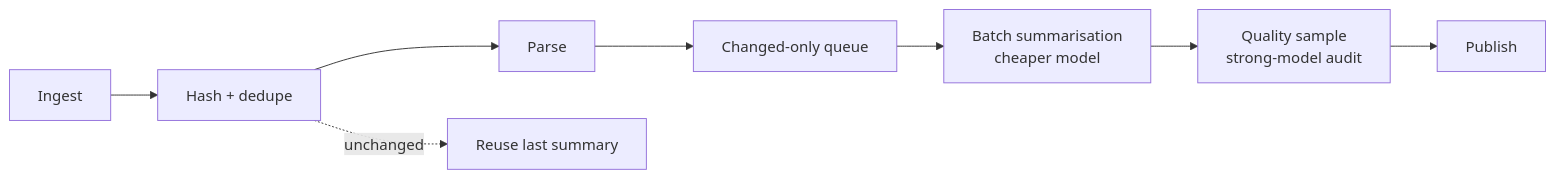
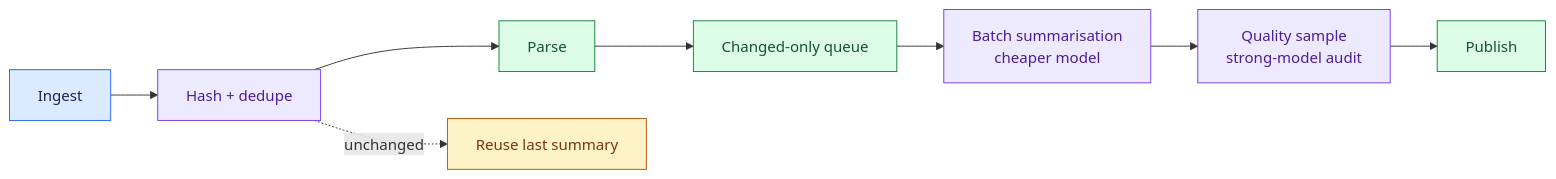
Before and after one commit to Sourav692/Forward-Deployed-Engineer-Interview-Prep: the diagram in site/content/modules/15-fde-case-studies/platforms-and-scale/high-volume-batch-pipeline/full-pack-part-5.md, drawn with Mermaid. The commit also changed 1268 other files, not shown here.

First line of the commit message:
content: polish Casebook writing and Mermaid diagrams (#251)

````diff
--- a/site/content/modules/15-fde-case-studies/platforms-and-scale/high-volume-batch-pipeline/full-pack-part-5.md
+++ b/site/content/modules/15-fde-case-studies/platforms-and-scale/high-volume-batch-pipeline/full-pack-part-5.md
@@ -19,5 +19,15 @@
 ```mermaid
 flowchart LR
     I[Ingest] --> H[Hash + dedupe] --> P[Parse] --> Q[Changed-only queue] --> B[Batch summarisation<br/>cheaper model] --> S[Quality sample<br/>strong-model audit] --> PUB[Publish]
     H -.unchanged.-> SKIP[Reuse last summary]
+
+    %% Casebook colours: entry, reasoning, results, controls, and stopped paths.
+    classDef cbInput fill:#dbeafe,stroke:#2563eb,color:#172554
+    class I cbInput
+    classDef cbReason fill:#ede9fe,stroke:#7c3aed,color:#4c1d95
+    class H,B,S cbReason
+    classDef cbAction fill:#dcfce7,stroke:#15803d,color:#14532d
+    class P,Q,PUB cbAction
+    classDef cbPolicy fill:#fef3c7,stroke:#b45309,color:#78350f
+    class SKIP cbPolicy
 ```
````
